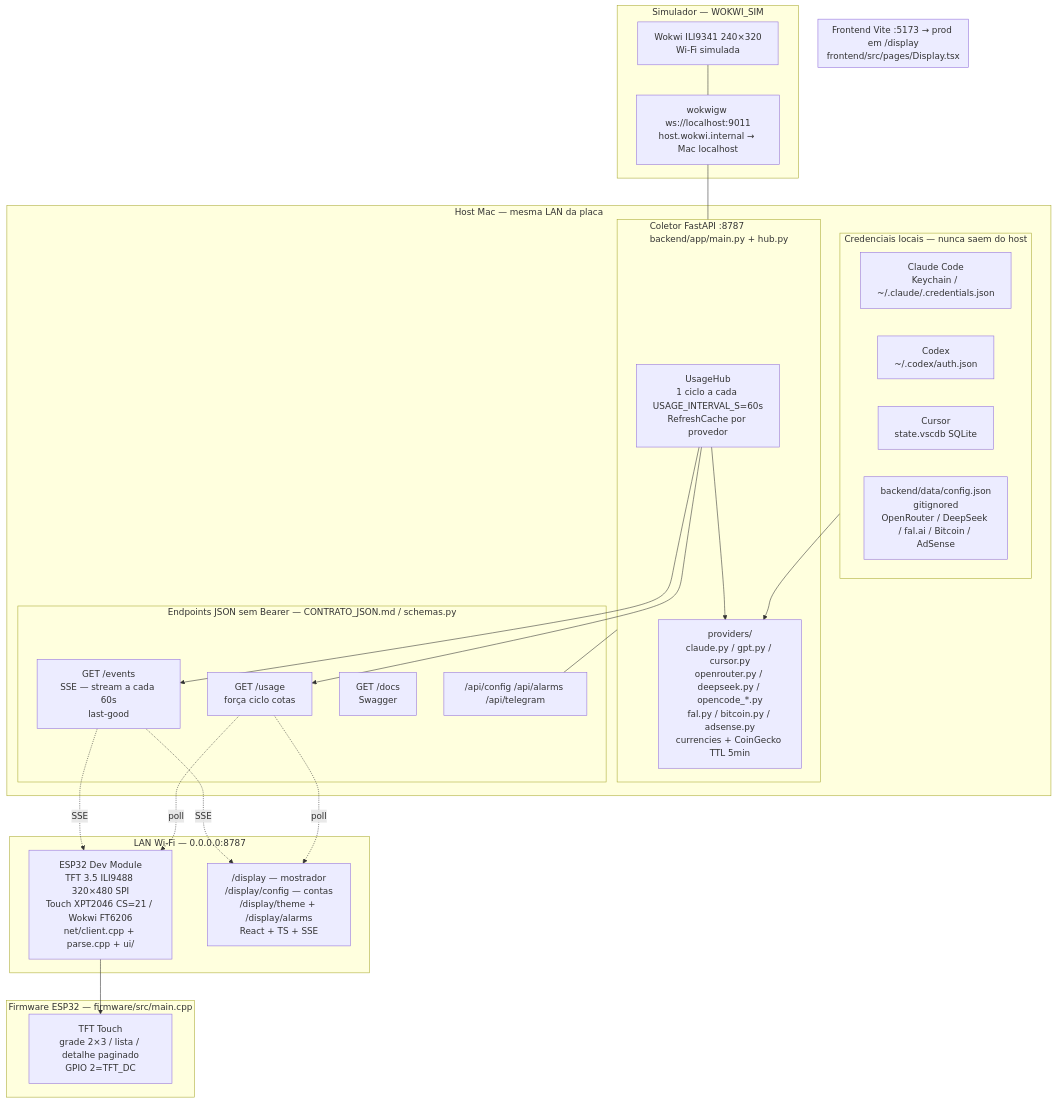
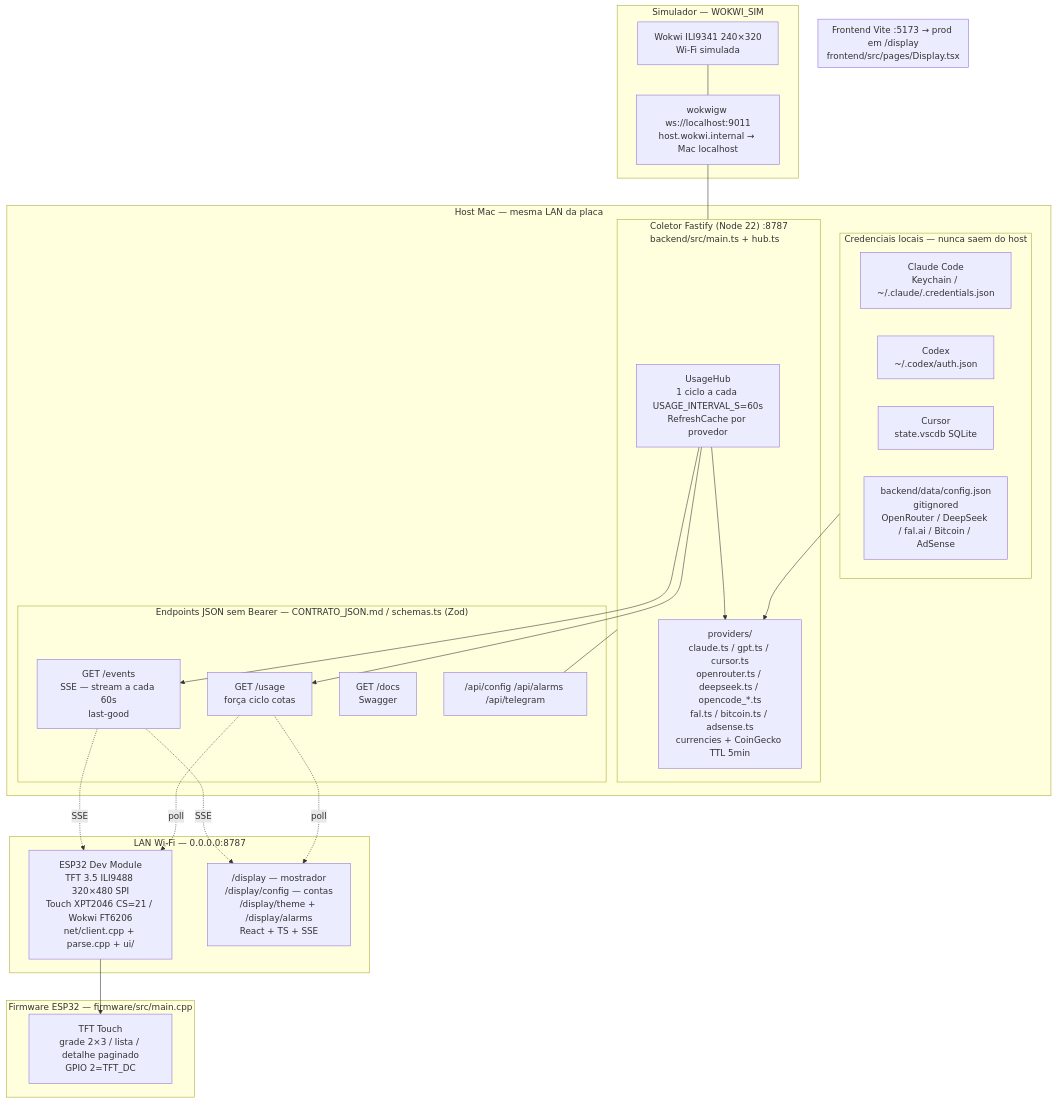
Before and after one commit to TrindadeBRA/vigia-ai: the diagram in .agents/ARQUITETURA.md, drawn with Mermaid. The commit also changed other lines of this file and 10 other files, not shown here.

First line of the commit message:
docs: atualizar mencoes Python->Node (FastAPI->Fastify, Pydantic->Zod)

````diff
--- a/.agents/ARQUITETURA.md
+++ b/.agents/ARQUITETURA.md
@@ -15,51 +15,51 @@
 ```mermaid
 flowchart TB
     subgraph Host["Host Mac — mesma LAN da placa"]
         subgraph Credenciais["Credenciais locais — nunca saem do host"]
             C1["Claude Code<br/>Keychain / ~/.claude/.credentials.json"]
             C2["Codex<br/>~/.codex/auth.json"]
             C3["Cursor<br/>state.vscdb SQLite"]
             C4["backend/data/config.json<br/>gitignored<br/>OpenRouter / DeepSeek / fal.ai / Bitcoin / AdSense"]
         end
 
-        subgraph Coletor["Coletor FastAPI :8787<br/>backend/app/main.py + hub.py"]
+        subgraph Coletor["Coletor Fastify (Node 22) :8787<br/>backend/src/main.ts + hub.ts"]
             Hub["UsageHub<br/>1 ciclo a cada USAGE_INTERVAL_S=60s<br/>RefreshCache por provedor"]
-            Providers["providers/<br/>claude.py / gpt.py / cursor.py<br/>openrouter.py / deepseek.py / opencode_*.py<br/>fal.py / bitcoin.py / adsense.py<br/>currencies + CoinGecko TTL 5min"]
+            Providers["providers/<br/>claude.ts / gpt.ts / cursor.ts<br/>openrouter.ts / deepseek.ts / opencode_*.ts<br/>fal.ts / bitcoin.ts / adsense.ts<br/>currencies + CoinGecko TTL 5min"]
             Hub --> Providers
         end
 
         Credenciais --> Providers
 
-        subgraph Endpoints["Endpoints JSON sem Bearer — CONTRATO_JSON.md / schemas.py"]
+        subgraph Endpoints["Endpoints JSON sem Bearer — CONTRATO_JSON.md / schemas.ts (Zod)"]
             E1["GET /events<br/>SSE — stream a cada 60s<br/>last-good"]
             E2["GET /usage<br/>força ciclo cotas"]
             E3["GET /docs<br/>Swagger"]
             E4["/api/config /api/alarms /api/telegram"]
         end
         Hub --> E1 & E2
         Coletor --- E4
     end
 
     subgraph LAN["LAN Wi-Fi — 0.0.0.0:8787"]
         E1 -. SSE .-> FW
         E1 -. SSE .-> WEB
         E2 -. poll .-> FW
         E2 -. poll .-> WEB
     end
 
     subgraph Frontend["Frontend Vite :5173 → prod em /display<br/>frontend/src/pages/Display.tsx"]
         WEB["/display — mostrador<br/>/display/config — contas<br/>/display/theme + /display/alarms<br/>React + TS + SSE"]
     end
 
     subgraph Firmware["Firmware ESP32 — firmware/src/main.cpp"]
         FW["ESP32 Dev Module<br/>TFT 3.5 ILI9488 320×480 SPI<br/>Touch XPT2046 CS=21 / Wokwi FT6206<br/>net/client.cpp + parse.cpp + ui/"]
         TFT["TFT Touch<br/>grade 2×3 / lista / detalhe paginado<br/>GPIO 2=TFT_DC"]
         FW --> TFT
     end
 
     subgraph Wokwi["Simulador — WOKWI_SIM"]
         WOK["Wokwi ILI9341 240×320<br/>Wi-Fi simulada"]
         GW["wokwigw ws://localhost:9011<br/>host.wokwi.internal → Mac localhost"]
         WOK --- GW --- Coletor
     end
 ```
````
